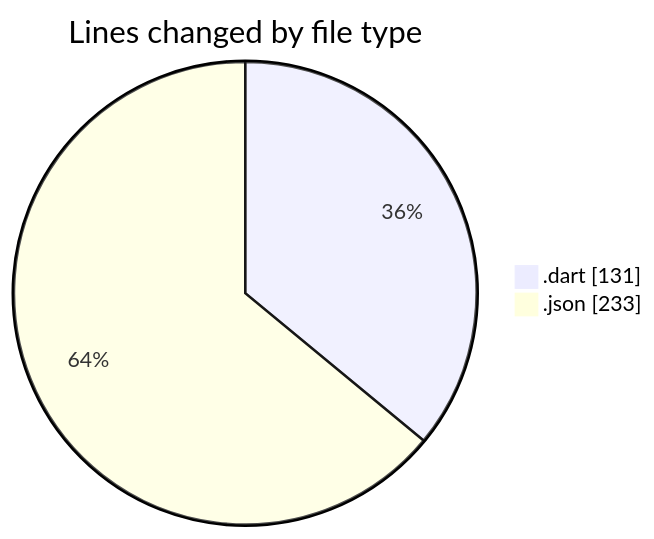
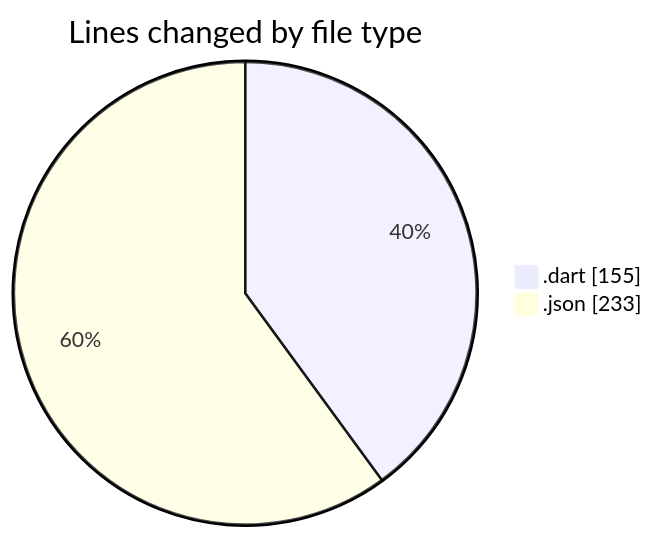
Before and after one commit to idhammustaqopulfikri/code-tracking: the first of 2 diagrams in 2025-04-17/belajar_flutter/README.md, drawn with Mermaid. The commit also changed other lines of this file and 1 other file, not shown here.

````diff
--- a/2025-04-17/belajar_flutter/README.md
+++ b/2025-04-17/belajar_flutter/README.md
@@ -24,6 +25,6 @@
 ```mermaid
 pie showData
 title Lines changed by file type
-".dart" : 131
+".dart" : 155
 ".json" : 233
 ```
````
